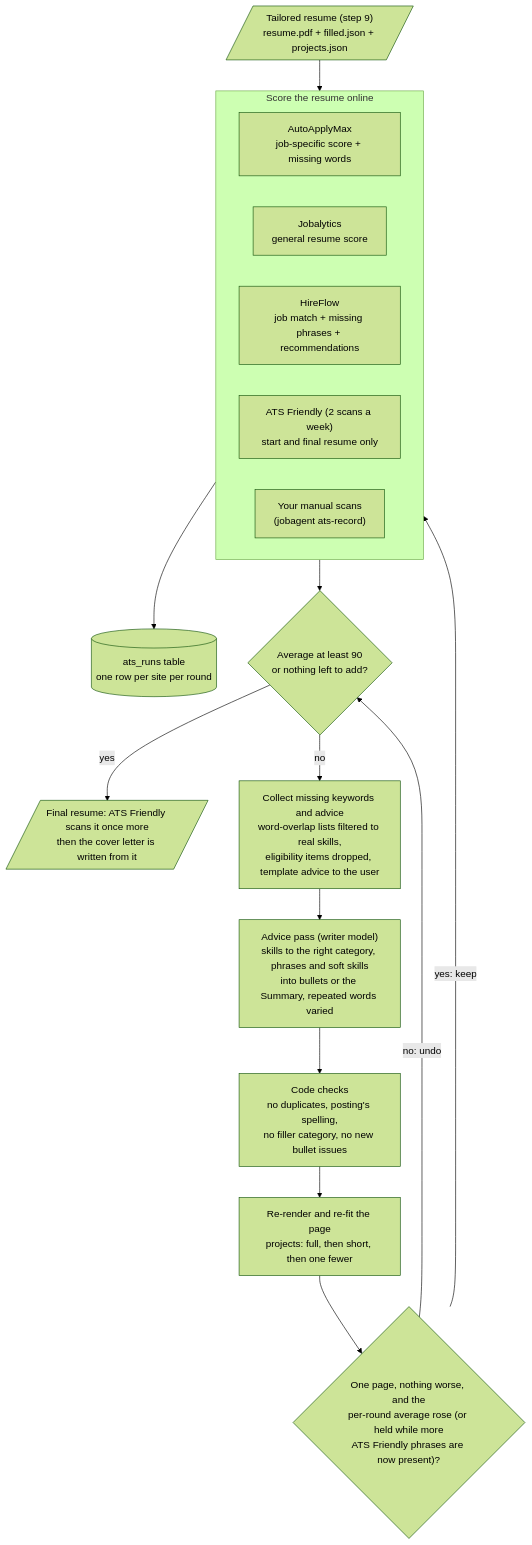
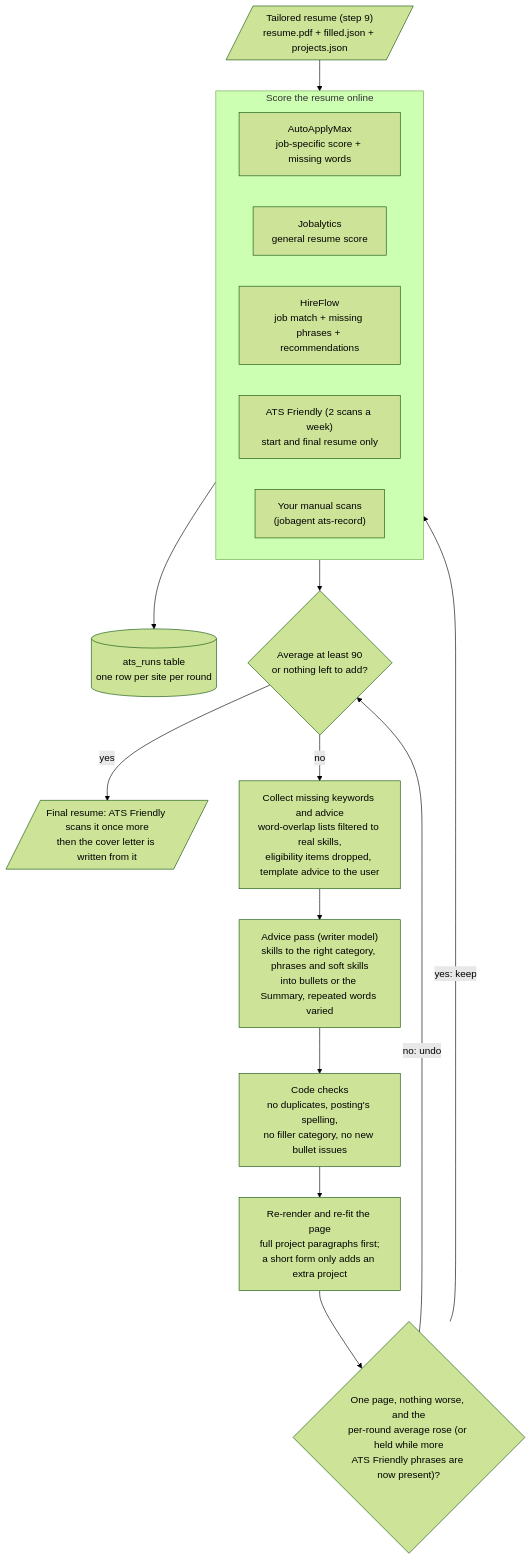
One commit to BhavyaShah1234/JobApplicationAgent changed the diagram in docs/steps/10-ats.md. Above: the diagram before and after it, drawn with Mermaid (forest theme).

Commit message:
docs: step 10 diagram uses the current fitter order

````diff
--- a/docs/steps/10-ats.md
+++ b/docs/steps/10-ats.md
@@ -53,22 +53,22 @@
 ```mermaid
 flowchart TD
     IN[/"Tailored resume (step 9)<br/>resume.pdf + filled.json + projects.json"/] --> SC
     subgraph SC["Score the resume online"]
         A["AutoApplyMax<br/>job-specific score + missing words"]
         J["Jobalytics<br/>general resume score"]
         H["HireFlow<br/>job match + missing phrases + recommendations"]
         T["ATS Friendly (2 scans a week)<br/>start and final resume only"]
         M["Your manual scans<br/>(jobagent ats-record)"]
     end
     SC --> REC[("ats_runs table<br/>one row per site per round")]
     SC --> AVG{"Average at least 90<br/>or nothing left to add?"}
     AVG -- "yes" --> OUT
     AVG -- "no" --> F["Collect missing keywords and advice<br/>word-overlap lists filtered to real skills,<br/>eligibility items dropped, template advice to the user"]
     F --> KP["Advice pass (writer model)<br/>skills to the right category, phrases and soft skills<br/>into bullets or the Summary, repeated words varied"]
     KP --> CHK["Code checks<br/>no duplicates, posting's spelling,<br/>no filler category, no new bullet issues"]
-    CHK --> FIT["Re-render and re-fit the page<br/>projects: full, then short, then one fewer"]
+    CHK --> FIT["Re-render and re-fit the page<br/>full project paragraphs first;<br/>a short form only adds an extra project"]
     FIT --> OK{"One page, nothing worse, and the<br/>per-round average rose (or held while more<br/>ATS Friendly phrases are now present)?"}
     OK -- "yes: keep" --> SC
     OK -- "no: undo" --> AVG
     OUT[/"Final resume: ATS Friendly scans it once more<br/>then the cover letter is written from it"/]
 ```
````
